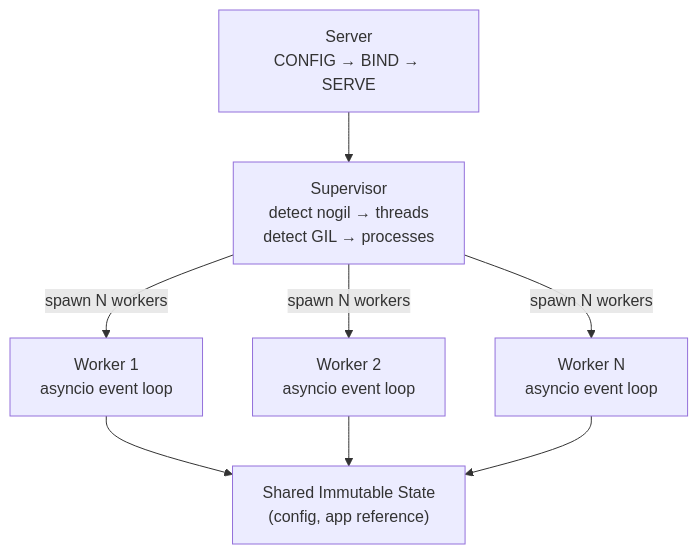
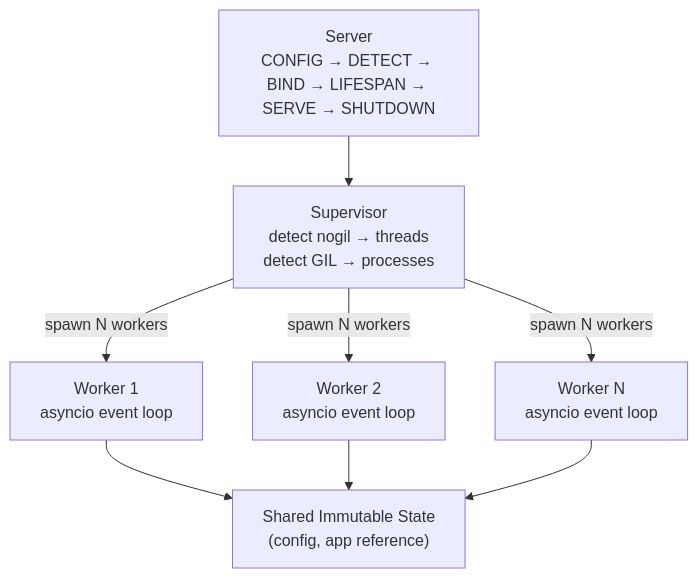
One commit to lbliii/pounce changed the first of 2 diagrams in site/content/docs/about/architecture.md. Above: the diagram before and after it, drawn with Mermaid. The commit also changed other lines of this file and 26 other files, not shown here.

First line of the commit message:
docs: deep audit of all site docs, internal docs, and roadmap rewrite (#17)

````diff
--- a/site/content/docs/about/architecture.md
+++ b/site/content/docs/about/architecture.md
@@ -17,14 +17,14 @@
 ```mermaid
 flowchart TD
-    Server["Server\nCONFIG → BIND → SERVE"]
+    Server["Server\nCONFIG → DETECT → BIND → LIFESPAN → SERVE → SHUTDOWN"]
     Supervisor["Supervisor\ndetect nogil → threads\ndetect GIL → processes"]
 
     Server --> Supervisor
     Supervisor -- "spawn N workers" --> W1["Worker 1\nasyncio event loop"]
     Supervisor -- "spawn N workers" --> W2["Worker 2\nasyncio event loop"]
     Supervisor -- "spawn N workers" --> WN["Worker N\nasyncio event loop"]
 
     W1 --> Shared["Shared Immutable State\n(config, app reference)"]
     W2 --> Shared
     WN --> Shared
 ```
````
